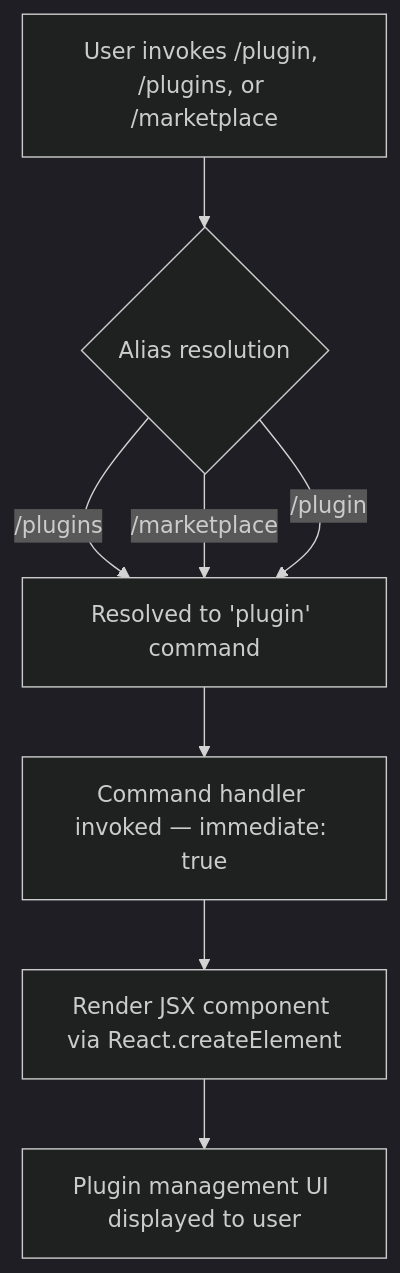
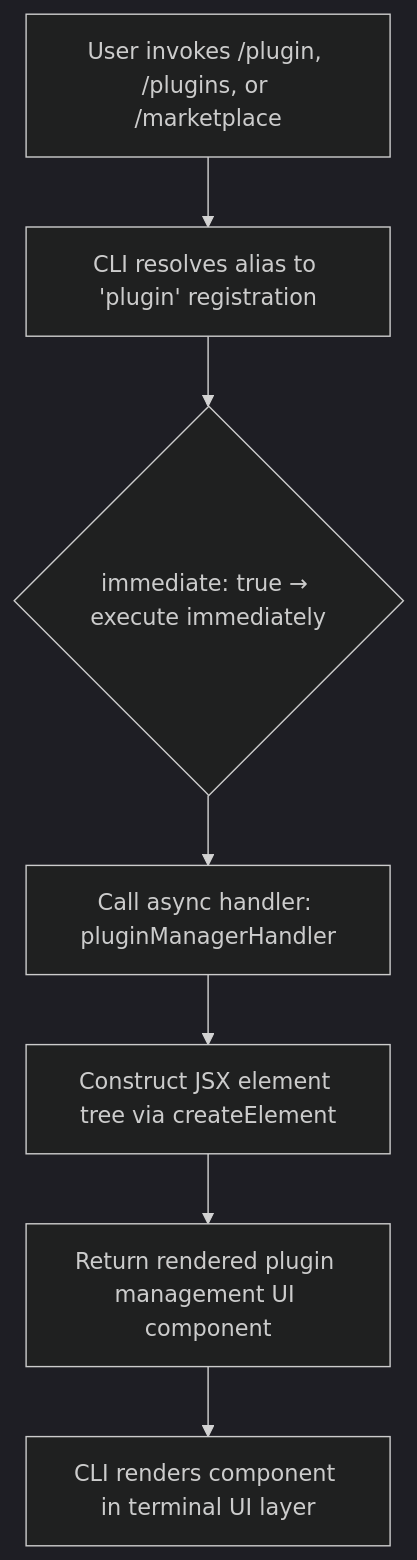
Before and after one commit to MyLittleLuckyDog/cc-gnothi: the diagram in versions/v2.1.133/plugin.md, drawn with Mermaid (dark theme). The commit also changed other lines of this file and 95 other files, not shown here.

````diff
--- a/versions/v2.1.133/plugin.md
+++ b/versions/v2.1.133/plugin.md
@@ -46,10 +63,9 @@
 ```mermaid
 flowchart TD
-    A[User invokes /plugin, /plugins, or /marketplace] --> B{Alias resolution}
-    B -->|/plugins| C[Resolved to 'plugin' command]
-    B -->|/marketplace| C
-    B -->|/plugin| C
-    C --> D[Command handler invoked — immediate: true]
-    D --> E[Render JSX component via React.createElement]
-    E --> F[Plugin management UI displayed to user]
+    A[User invokes /plugin, /plugins, or /marketplace] --> B[CLI resolves alias to 'plugin' registration]
+    B --> C{immediate: true → execute immediately}
+    C --> D[Call async handler: pluginManagerHandler]
+    D --> E[Construct JSX element tree via createElement]
+    E --> F[Return rendered plugin management UI component]
+    F --> G[CLI renders component in terminal UI layer]
 ```
````
